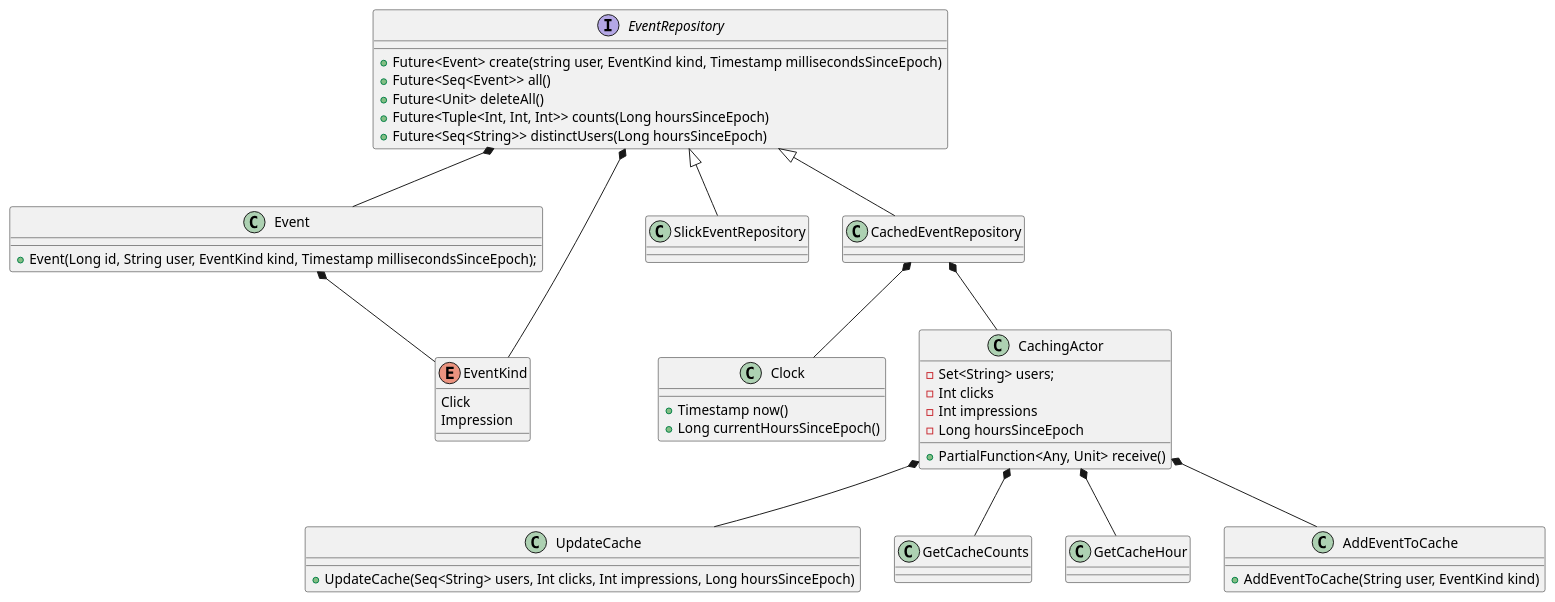
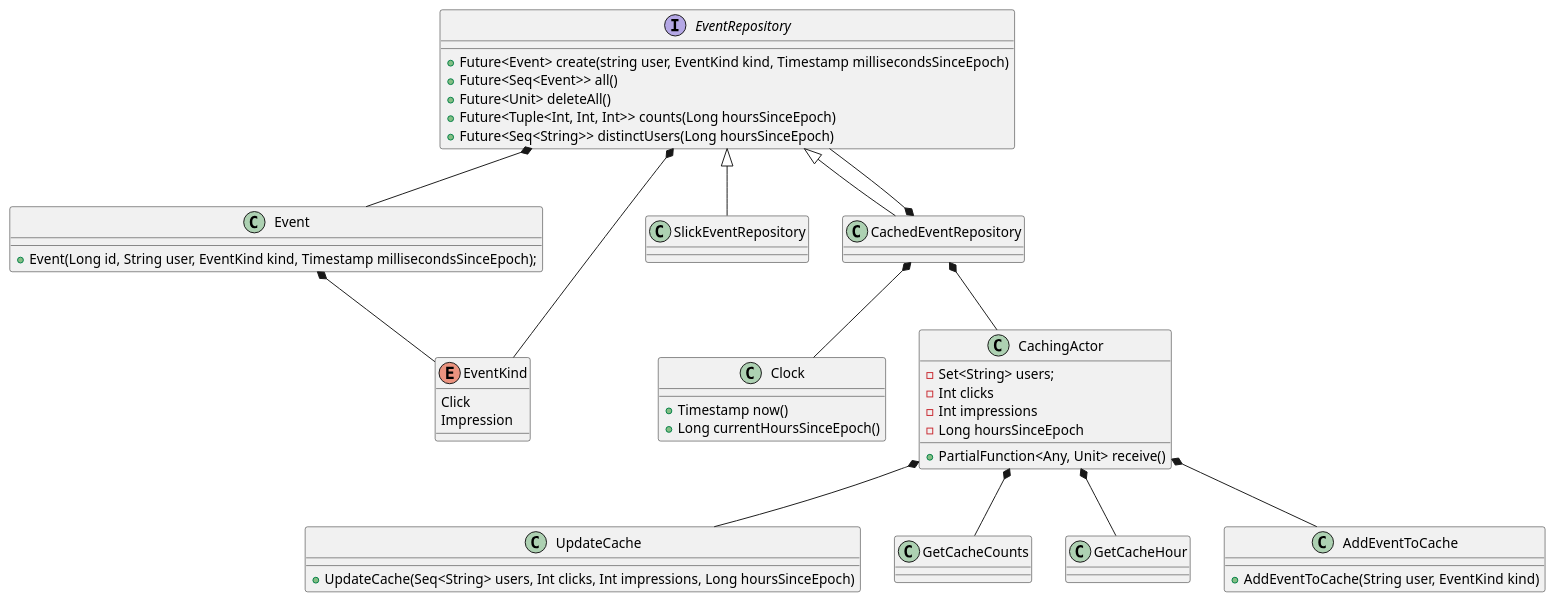
The diagram in uml/data_repository.plantuml (marciogualtieri/analytics), drawn with PlantUML before and after one commit.

Commit message:
Missing relationship in class diagram

```diff
--- a/uml/data_repository.plantuml
+++ b/uml/data_repository.plantuml
@@ -1,58 +1,58 @@
 @startuml
 interface EventRepository {
         +Future<Event> create(string user, EventKind kind, Timestamp millisecondsSinceEpoch)
         +Future<Seq<Event>> all()
         +Future<Unit> deleteAll()
         +Future<Tuple<Int, Int, Int>> counts(Long hoursSinceEpoch)
         +Future<Seq<String>> distinctUsers(Long hoursSinceEpoch)
 }
 
 class Event {
        +Event(Long id, String user, EventKind kind, Timestamp millisecondsSinceEpoch);
 }
 
 enum EventKind {
         Click
         Impression
 }
 
 class SlickEventRepository
 class CachedEventRepository
 class Clock {
     +Timestamp now()
     +Long currentHoursSinceEpoch()
 }
 
 class CachingActor {
         -Set<String> users;
         -Int clicks
         -Int impressions
         -Long hoursSinceEpoch
         +PartialFunction<Any, Unit> receive()
 }
 
 class UpdateCache {
     +UpdateCache(Seq<String> users, Int clicks, Int impressions, Long hoursSinceEpoch)
 }
 class GetCacheCounts
 class GetCacheHour
 class AddEventToCache {
     +AddEventToCache(String user, EventKind kind)
 }
 
 EventRepository <|-- SlickEventRepository
 EventRepository <|-- CachedEventRepository
 
 EventRepository *-- Event
 EventRepository *-- EventKind
 
 Event *-- EventKind
 
 CachedEventRepository *-- Clock
 CachedEventRepository *-- CachingActor
-
+CachedEventRepository *-- EventRepository
 CachingActor *-- UpdateCache
 CachingActor *-- GetCacheCounts
 CachingActor *-- GetCacheHour
 CachingActor *-- AddEventToCache
 @enduml
```
